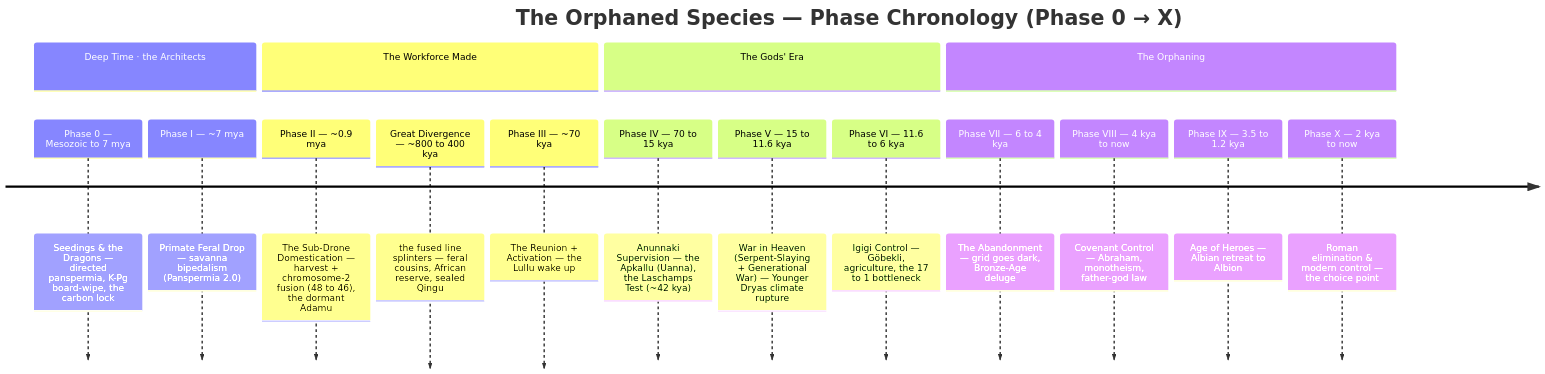
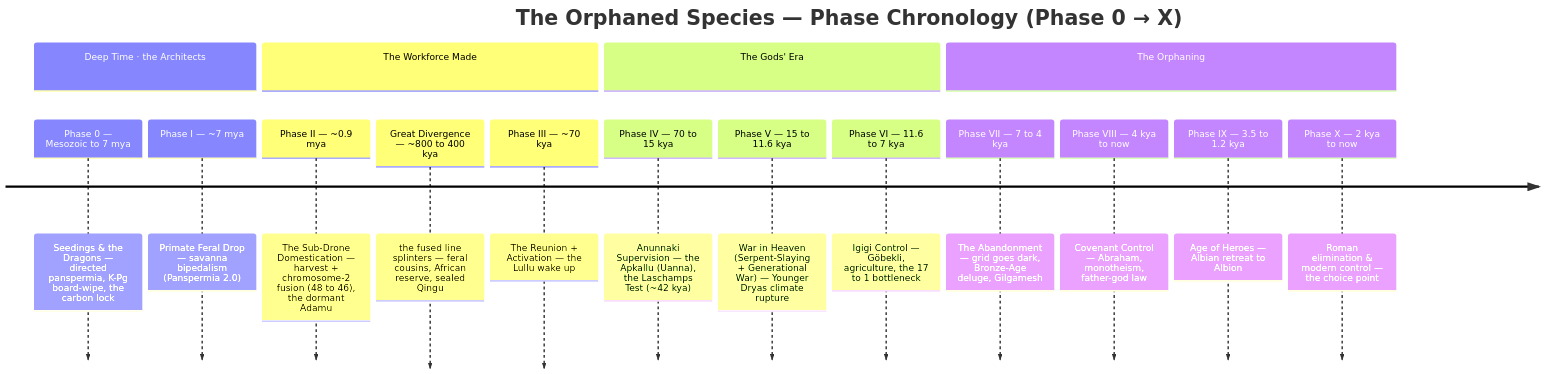
Before and after one commit to DoctorKhan/The-Orphaned-Species: the second of 2 diagrams in 50_The_Orphaned_Species/00_MASTER_TIMELINE.md, drawn with Mermaid. The commit also changed other lines of this file and 50 other files, not shown here.

````diff
--- a/50_The_Orphaned_Species/00_MASTER_TIMELINE.md
+++ b/50_The_Orphaned_Species/00_MASTER_TIMELINE.md
@@ -517,20 +525,20 @@
 ```mermaid
 timeline
     title The Orphaned Species — Phase Chronology (Phase 0 → X)
     section Deep Time · the Architects
         Phase 0 — Mesozoic to 7 mya : Seedings & the Dragons — directed panspermia, K-Pg board-wipe, the carbon lock
         Phase I — ~7 mya : Primate Feral Drop — savanna bipedalism (Panspermia 2.0)
     section The Workforce Made
         Phase II — ~0.9 mya : The Sub-Drone Domestication — harvest + chromosome-2 fusion (48 to 46), the dormant Adamu
         Great Divergence — ~800 to 400 kya : the fused line splinters — feral cousins, African reserve, sealed Qingu
         Phase III — ~70 kya : The Reunion + Activation — the Lullu wake up
     section The Gods' Era
         Phase IV — 70 to 15 kya : Anunnaki Supervision — the Apkallu (Uanna), the Laschamps Test (~42 kya)
         Phase V — 15 to 11.6 kya : War in Heaven (Serpent-Slaying + Generational War) — Younger Dryas climate rupture
-        Phase VI — 11.6 to 6 kya : Igigi Control — Göbekli, agriculture, the 17 to 1 bottleneck
+        Phase VI — 11.6 to 7 kya : Igigi Control — Göbekli, agriculture, the 17 to 1 bottleneck
     section The Orphaning
-        Phase VII — 6 to 4 kya : The Abandonment — grid goes dark, Bronze-Age deluge
+        Phase VII — 7 to 4 kya : The Abandonment — grid goes dark, Bronze-Age deluge, Gilgamesh
         Phase VIII — 4 kya to now : Covenant Control — Abraham, monotheism, father-god law
         Phase IX — 3.5 to 1.2 kya : Age of Heroes — Albian retreat to Albion
         Phase X — 2 kya to now : Roman elimination & modern control — the choice point
 ```
````
